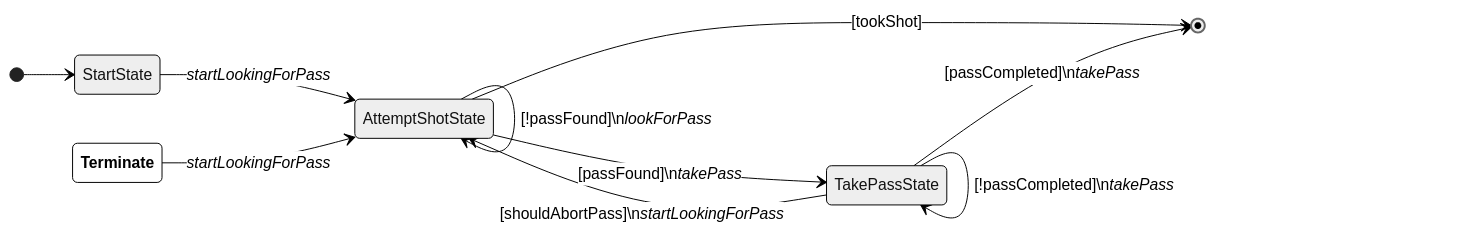
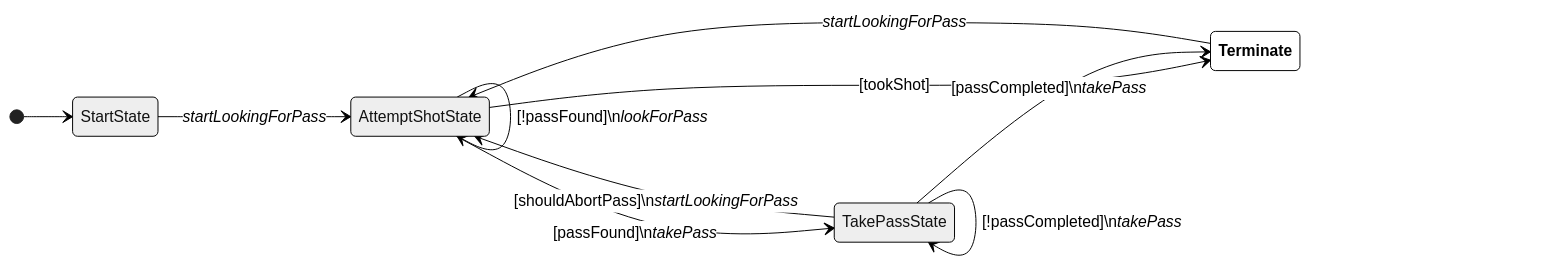
The second of 16 diagrams in docs/fsm-diagrams.md (UBC-Thunderbots/Software), drawn with Mermaid (neutral theme) before and after one commit. The commit also changed other lines of this file and 1 other file, not shown here.

Commit message:
Combine end and terminate state

````diff
--- a/docs/fsm-diagrams.md
+++ b/docs/fsm-diagrams.md
@@ -29,16 +29,16 @@
 ```mermaid
 
 stateDiagram-v2
 classDef terminate fill:white,color:black,font-weight:bold
 direction LR
 [*] --> StartState
 StartState --> AttemptShotState : <i>startLookingForPass</i>
 AttemptShotState --> TakePassState : [passFound]\n<i>takePass</i>
-AttemptShotState --> [*] : [tookShot]
+AttemptShotState --> Terminate:::terminate : [tookShot]
 AttemptShotState --> AttemptShotState : [!passFound]\n<i>lookForPass</i>
 TakePassState --> AttemptShotState : [shouldAbortPass]\n<i>startLookingForPass</i>
 TakePassState --> TakePassState : [!passCompleted]\n<i>takePass</i>
-TakePassState --> [*] : [passCompleted]\n<i>takePass</i>
+TakePassState --> Terminate:::terminate : [passCompleted]\n<i>takePass</i>
 Terminate:::terminate --> AttemptShotState : <i>startLookingForPass</i>
 
 ```
````
